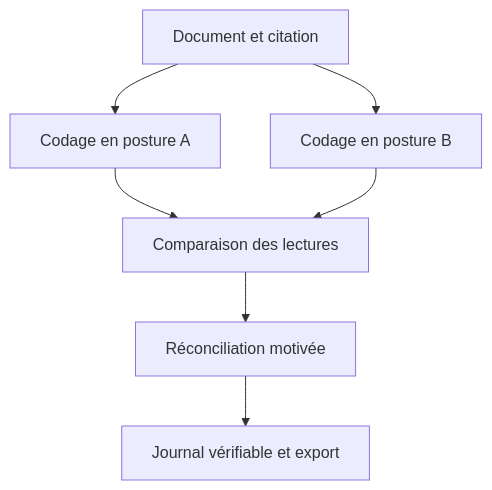
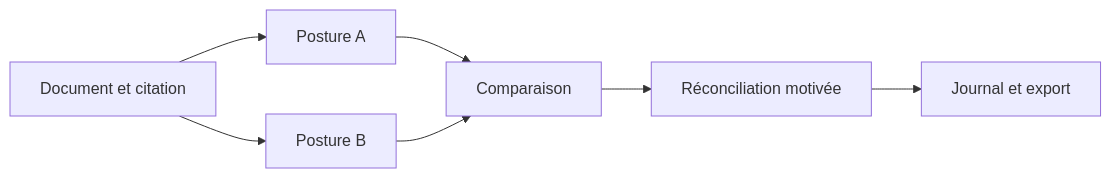
Before and after one commit to martinlepage26-bit/episteme: the diagram in README.md, drawn with Mermaid.

Commit message:
docs: keep workflow diagrams compact for repository browsing

````diff
--- a/README.md
+++ b/README.md
@@ -11,9 +11,9 @@
 ```mermaid
-flowchart TD
-  A["Document et citation"] --> B["Codage en posture A"]
-  A --> C["Codage en posture B"]
-  B --> D["Comparaison des lectures"]
+flowchart LR
+  A["Document et citation"] --> B["Posture A"]
+  A --> C["Posture B"]
+  B --> D["Comparaison"]
   C --> D
   D --> E["Réconciliation motivée"]
-  E --> F["Journal vérifiable et export"]
+  E --> F["Journal et export"]
 ```
````
